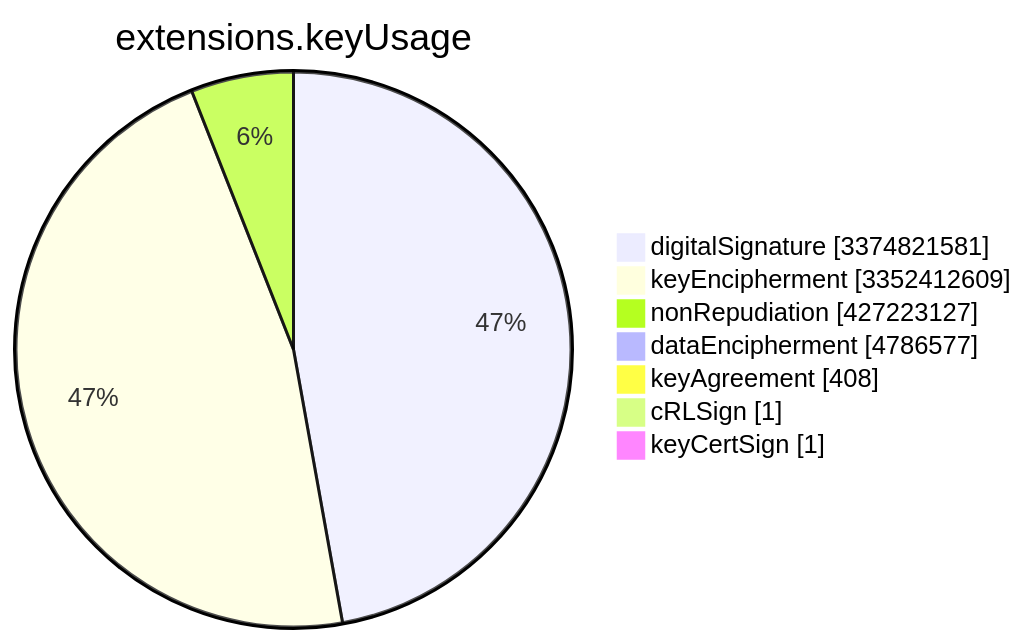
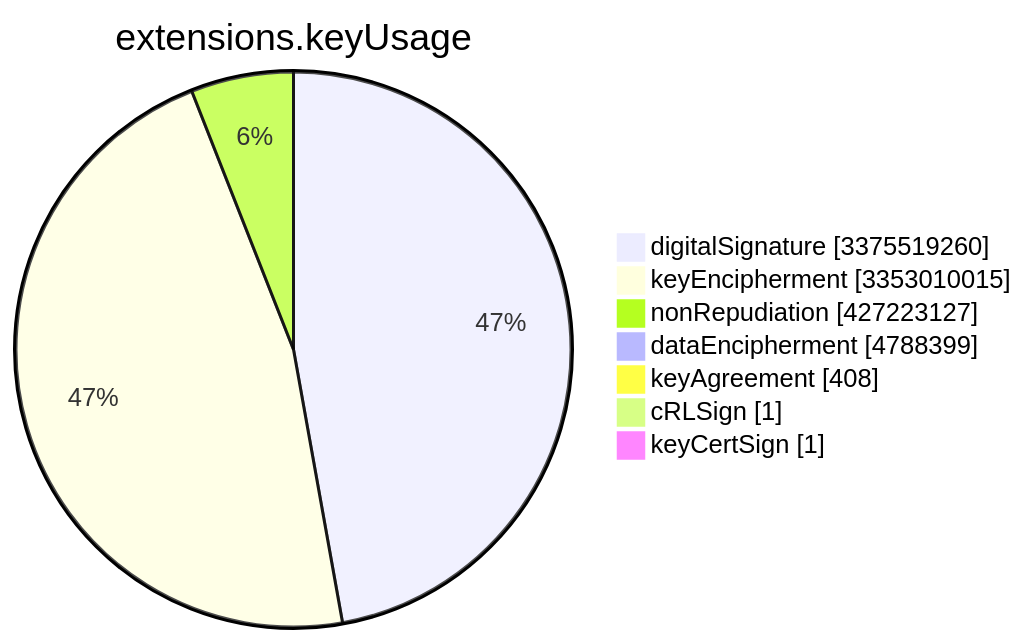
Before and after one commit to christiankrug/ctmonitor_visualization: the sixth of 15 diagrams in TOTAL/README.md, drawn with Mermaid. The commit also changed other lines of this file, not shown here.

````diff
--- a/TOTAL/README.md
+++ b/TOTAL/README.md
@@ -3079,11 +3079,11 @@
 ```mermaid
 pie showData
 title extensions.keyUsage
-"digitalSignature" :3374821581
-"keyEncipherment" :3352412609
+"digitalSignature" :3375519260
+"keyEncipherment" :3353010015
 "nonRepudiation" :427223127
-"dataEncipherment" :4786577
+"dataEncipherment" :4788399
 "keyAgreement" :408
 "cRLSign" :1
 "keyCertSign" :1
 ```
````
